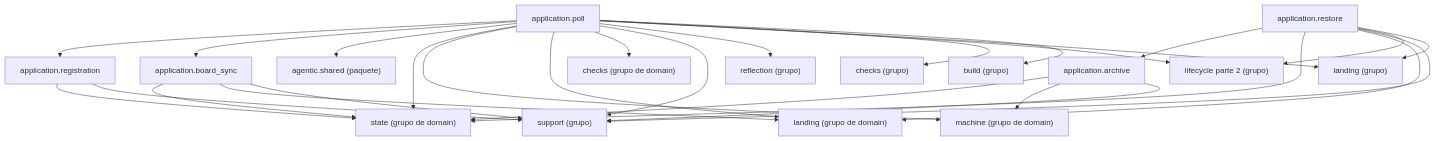
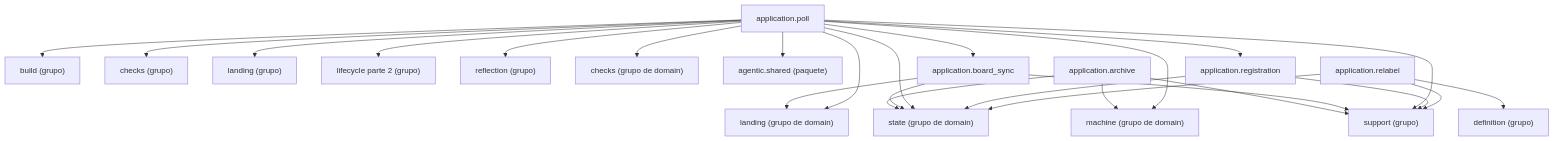
One commit to GonzaloZevallos/agentic-system changed the diagram in docs/architecture/generated/packages-process-application-lifecycle-1.md. Above: the diagram before and after it, drawn with Mermaid. The commit also changed other lines of this file and 16 other files, not shown here.

````diff
--- a/docs/architecture/generated/packages-process-application-lifecycle-1.md
+++ b/docs/architecture/generated/packages-process-application-lifecycle-1.md
@@ -16,46 +17,44 @@
 ```mermaid
 graph TD
     g_application__build["build (grupo)"]
     g_application__checks["checks (grupo)"]
+    g_application__definition["definition (grupo)"]
     g_application__landing["landing (grupo)"]
     g_application__lifecycle__2["lifecycle parte 2 (grupo)"]
     g_application__reflection["reflection (grupo)"]
     g_application__support["support (grupo)"]
     g_domain__checks["checks (grupo de domain)"]
     g_domain__landing["landing (grupo de domain)"]
     g_domain__machine["machine (grupo de domain)"]
     g_domain__state["state (grupo de domain)"]
     g_pkg__agentic__shared["agentic.shared (paquete)"]
     m_application__archive["application.archive"]
     m_application__board_sync["application.board_sync"]
     m_application__poll["application.poll"]
     m_application__registration["application.registration"]
-    m_application__restore["application.restore"]
+    m_application__relabel["application.relabel"]
     m_application__archive --> g_application__support
     m_application__archive --> g_domain__machine
     m_application__archive --> g_domain__state
     m_application__board_sync --> g_application__support
     m_application__board_sync --> g_domain__landing
     m_application__board_sync --> g_domain__state
     m_application__poll --> g_application__build
     m_application__poll --> g_application__checks
     m_application__poll --> g_application__landing
     m_application__poll --> g_application__lifecycle__2
     m_application__poll --> g_application__reflection
     m_application__poll --> g_application__support
     m_application__poll --> g_domain__checks
     m_application__poll --> g_domain__landing
     m_application__poll --> g_domain__machine
     m_application__poll --> g_domain__state
     m_application__poll --> g_pkg__agentic__shared
     m_application__poll --> m_application__board_sync
     m_application__poll --> m_application__registration
     m_application__registration --> g_application__support
     m_application__registration --> g_domain__state
-    m_application__restore --> g_application__landing
-    m_application__restore --> g_application__lifecycle__2
-    m_application__restore --> g_application__support
-    m_application__restore --> g_domain__landing
-    m_application__restore --> g_domain__state
-    m_application__restore --> m_application__archive
+    m_application__relabel --> g_application__definition
+    m_application__relabel --> g_application__support
+    m_application__relabel --> g_domain__state
 ```
````
